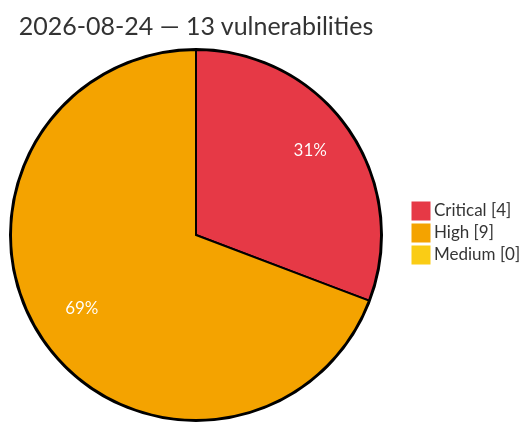
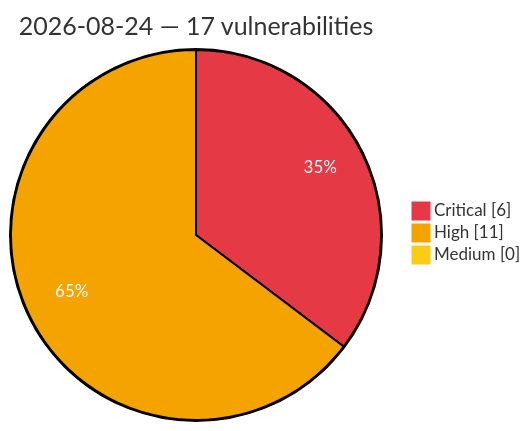
Before and after one commit to GhostX0X/vuln-tracker: the diagram in vulnerabilities/2026/August/2026-08-24.md, drawn with Mermaid. The commit also changed other lines of this file and 5 other files, not shown here.

Commit message:
Auto update: critical/high vulns (2026-08-24 08:49 UTC)

````diff
--- a/vulnerabilities/2026/August/2026-08-24.md
+++ b/vulnerabilities/2026/August/2026-08-24.md
@@ -3,8 +3,8 @@
 ```mermaid
 %%{init: {'theme':'base', 'themeVariables': {'pie1':'#e63946', 'pie2':'#f4a300', 'pie3':'#facc15', 'pieOpacity':'1', 'pieOuterStrokeWidth':'2px', 'pieSectionTextColor':'#ffffff'}}}%%
 pie showData
-    title 2026-08-24 — 13 vulnerabilities
-    "Critical" : 4
-    "High" : 9
+    title 2026-08-24 — 17 vulnerabilities
+    "Critical" : 6
+    "High" : 11
     "Medium" : 0
 ```
````
